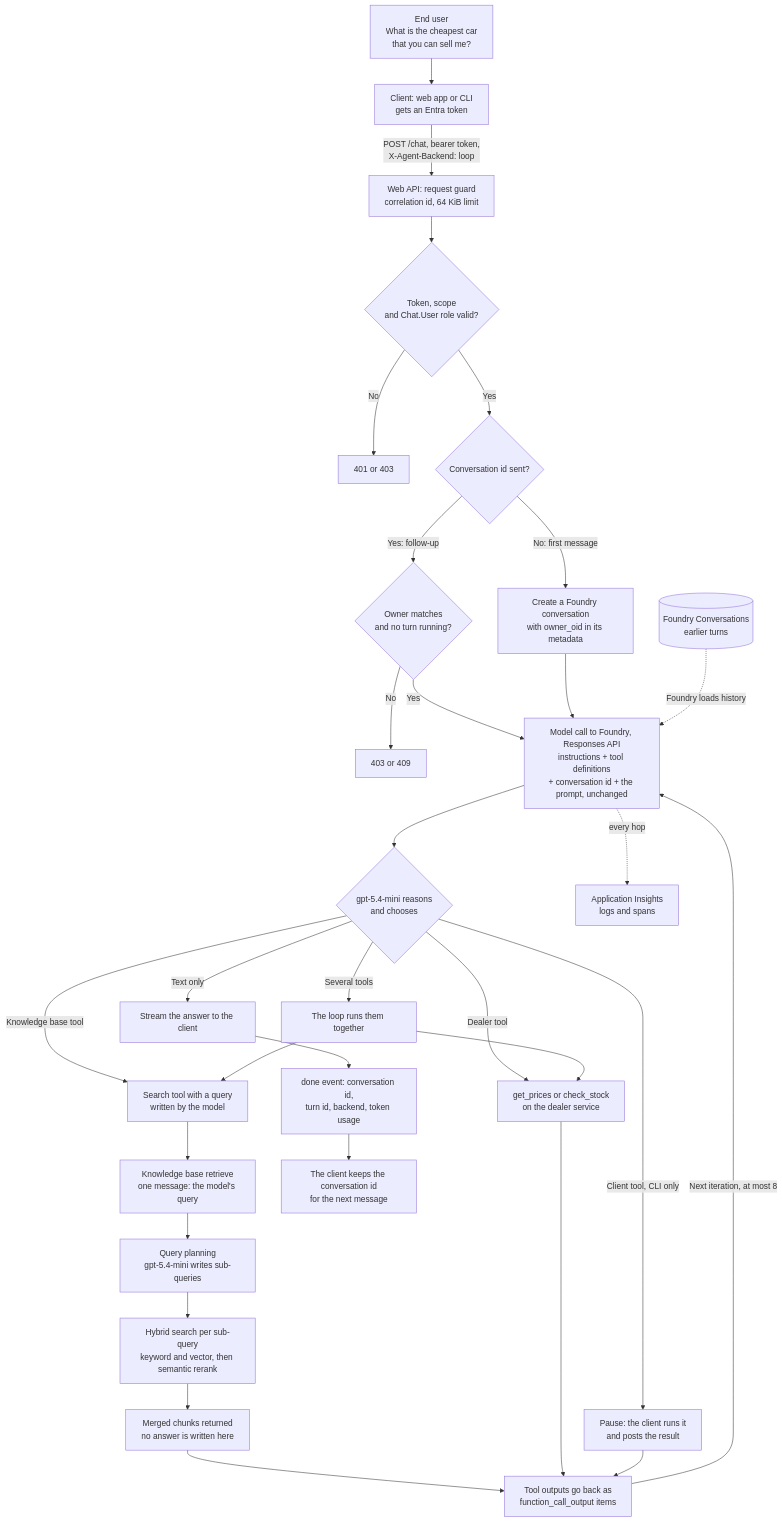
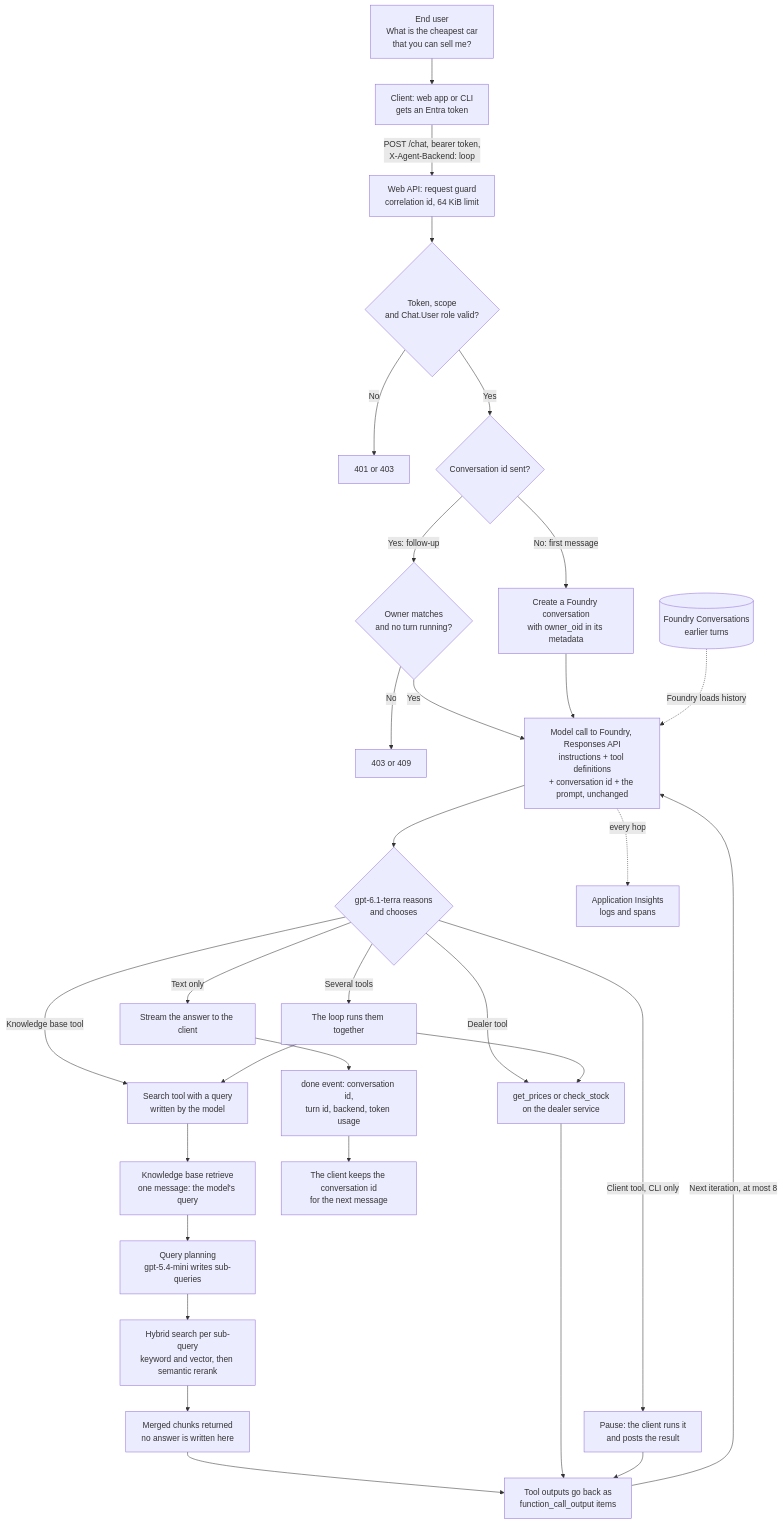
Before and after one commit to mklab-se/agentic-rag: the fourth of 5 diagrams in docs/prompt-journey.md, drawn with Mermaid. The commit also changed other lines of this file and 3 other files, not shown here.

````diff
--- a/docs/prompt-journey.md
+++ b/docs/prompt-journey.md
@@ -184,33 +185,33 @@
 ```mermaid
 flowchart TD
     U["End user<br/>What is the cheapest car<br/>that you can sell me?"] --> C["Client: web app or CLI<br/>gets an Entra token"]
     C -->|"POST /chat, bearer token,<br/>X-Agent-Backend: loop"| G["Web API: request guard<br/>correlation id, 64 KiB limit"]
     G --> A{"Token, scope<br/>and Chat.User role valid?"}
     A -->|No| R1["401 or 403"]
     A -->|Yes| V{"Conversation id sent?"}
     V -->|"No: first message"| N["Create a Foundry conversation<br/>with owner_oid in its metadata"]
     V -->|"Yes: follow-up"| O{"Owner matches<br/>and no turn running?"}
     O -->|No| R2["403 or 409"]
     O -->|Yes| M
     N --> M["Model call to Foundry, Responses API<br/>instructions + tool definitions<br/>+ conversation id + the prompt, unchanged"]
     H[("Foundry Conversations<br/>earlier turns")] -. "Foundry loads history" .-> M
-    M --> D{"gpt-5.4-mini reasons<br/>and chooses"}
+    M --> D{"gpt-6.1-terra reasons<br/>and chooses"}
     D -->|"Text only"| T["Stream the answer to the client"]
     D -->|"Dealer tool"| P["get_prices or check_stock<br/>on the dealer service"]
     D -->|"Knowledge base tool"| S["Search tool with a query<br/>written by the model"]
     D -->|"Several tools"| PAR["The loop runs them together"]
     D -->|"Client tool, CLI only"| CT["Pause: the client runs it<br/>and posts the result"]
     PAR --> P
     PAR --> S
     S --> KB["Knowledge base retrieve<br/>one message: the model's query"]
     KB --> QP["Query planning<br/>gpt-5.4-mini writes sub-queries"]
     QP --> HY["Hybrid search per sub-query<br/>keyword and vector, then semantic rerank"]
     HY --> EX["Merged chunks returned<br/>no answer is written here"]
     EX --> OUT["Tool outputs go back as<br/>function_call_output items"]
     P --> OUT
     CT --> OUT
     OUT -->|"Next iteration, at most 8"| M
     T --> DONE["done event: conversation id,<br/>turn id, backend, token usage"]
     DONE --> K["The client keeps the conversation id<br/>for the next message"]
     M -. "every hop" .-> AI["Application Insights<br/>logs and spans"]
 ```
````
